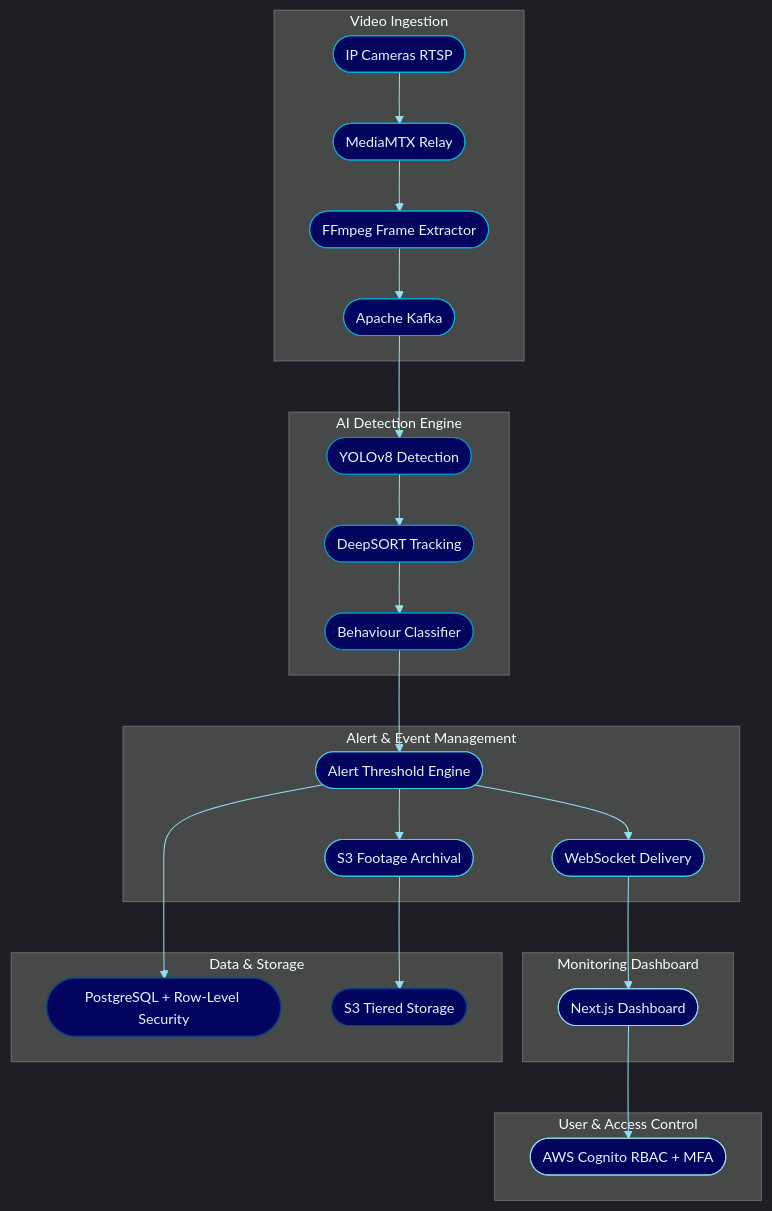
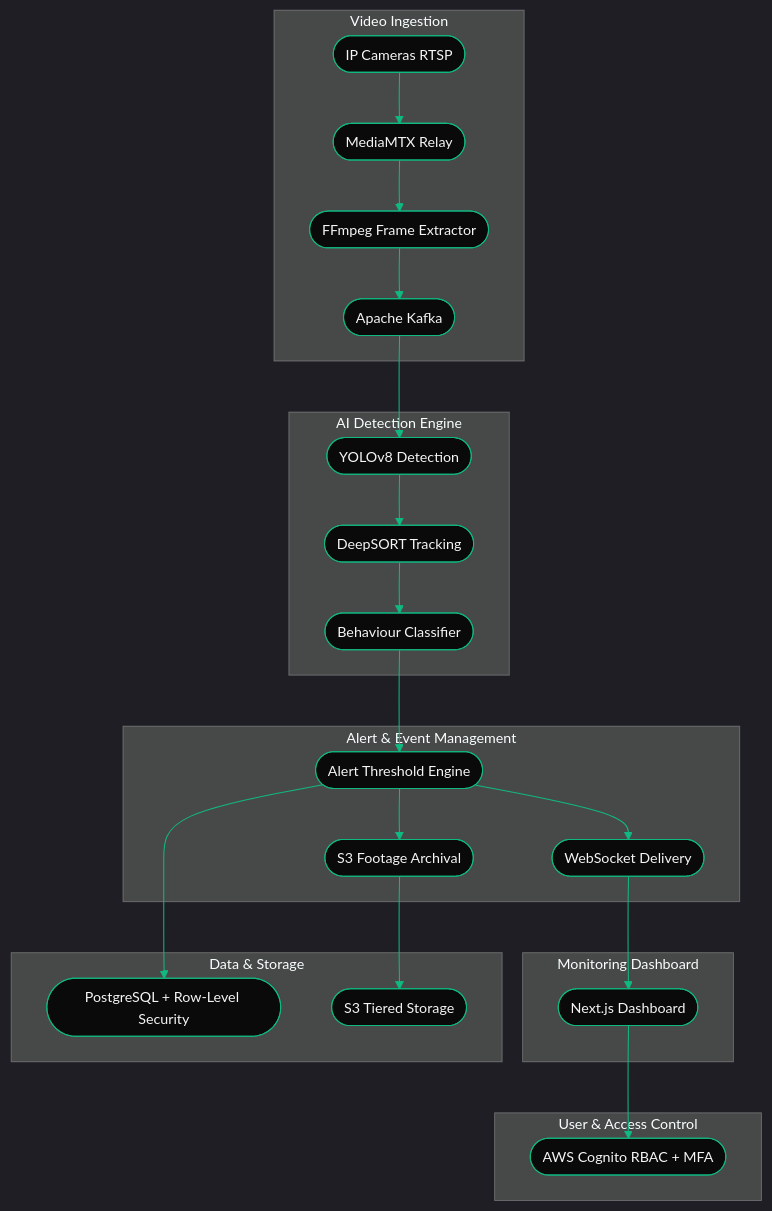
One commit to COS301-SE-2026/Neighbourhood-WatchDog changed the first of 2 diagrams in README.md. Above: the diagram before and after it, drawn with Mermaid. The commit also changed other lines of this file, not shown here.

````diff
--- a/README.md
+++ b/README.md
@@ -78,50 +78,50 @@
 ```mermaid
 %%{init: {'theme':'dark', 'themeVariables': {
-  'primaryColor':'#00B4D8', 'primaryTextColor':'#E0F7FA',
-  'primaryBorderColor':'#0096C7', 'lineColor':'#90E0EF',
-  'secondaryColor':'#0D1B2A','tertiaryColor':'#03045E','background':'#03045E',
+  'primaryColor':'#10B981', 'primaryTextColor':'#F5F5F5',
+  'primaryBorderColor':'#10B981', 'lineColor':'#10B981',
+  'secondaryColor':'#0D1B2A','tertiaryColor':'#0A0A0A','background':'#0A0A0A',
   'fontSize':'14px'
 }}}%%
 flowchart TD
     subgraph VI["Video Ingestion"]
         CAM(["IP Cameras RTSP"])
         MTX(["MediaMTX Relay"])
         FF(["FFmpeg Frame Extractor"])
         KAF(["Apache Kafka"])
     end
     subgraph AI["AI Detection Engine"]
         YOLO(["YOLOv8 Detection"])
         DS(["DeepSORT Tracking"])
         BC(["Behaviour Classifier"])
     end
     subgraph AE["Alert & Event Management"]
         AT(["Alert Threshold Engine"])
         WS(["WebSocket Delivery"])
         S3A(["S3 Footage Archival"])
     end
     subgraph UAC["User & Access Control"]
         COG(["AWS Cognito RBAC + MFA"])
     end
     subgraph MD["Monitoring Dashboard"]
         NEXT(["Next.js Dashboard"])
     end
     subgraph ST["Data & Storage"]
         PG(["PostgreSQL + Row-Level Security"])
         S3B(["S3 Tiered Storage"])
     end
     CAM --> MTX --> FF --> KAF --> YOLO --> DS --> BC
     BC --> AT --> WS --> NEXT
     AT --> S3A --> S3B
     NEXT --> COG
     AT --> PG
-    classDef ingestion fill:#03045E,stroke:#00B4D8,color:#E0F7FA
-    classDef ai fill:#03045E,stroke:#0096C7,color:#E0F7FA
-    classDef alert fill:#03045E,stroke:#48CAE4,color:#E0F7FA
-    classDef storage fill:#03045E,stroke:#023E8A,color:#E0F7FA
-    classDef ui fill:#03045E,stroke:#90E0EF,color:#E0F7FA
+    classDef ingestion fill:#0A0A0A,stroke:#10B981,color:#F5F5F5
+    classDef ai fill:#0A0A0A,stroke:#10B981,color:#F5F5F5
+    classDef alert fill:#0A0A0A,stroke:#10B981,color:#F5F5F5
+    classDef storage fill:#0A0A0A,stroke:#10B981,color:#F5F5F5
+    classDef ui fill:#0A0A0A,stroke:#10B981,color:#F5F5F5
     class CAM,MTX,FF,KAF ingestion
     class YOLO,DS,BC ai
     class AT,WS,S3A alert
     class PG,S3B storage
     class NEXT,COG ui
 ```
````
